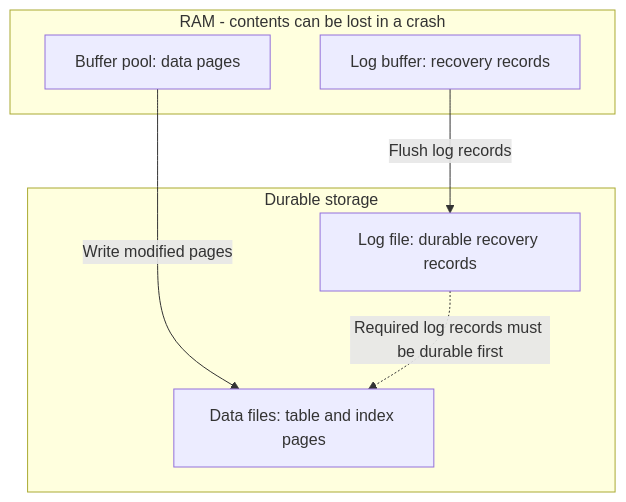
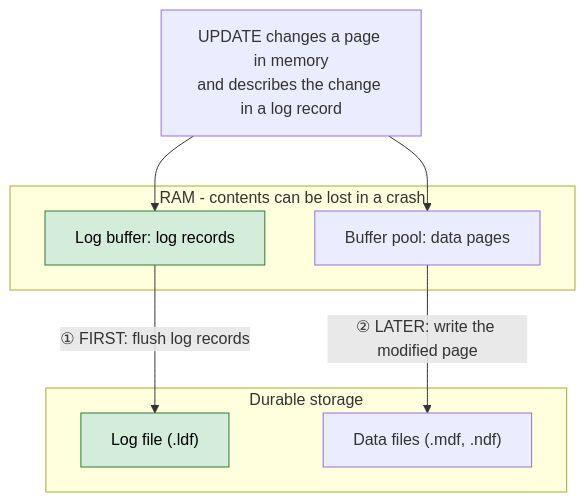
Before and after one commit to tjovic/database-design-labs-public: the seventh of 10 diagrams in labs/lab09-transactions.md, drawn with Mermaid. The commit also changed other lines of this file, not shown here.

````diff
--- a/labs/lab09-transactions.md
+++ b/labs/lab09-transactions.md
@@ -1985,14 +1985,18 @@
 ```mermaid
 flowchart TB
+    U["UPDATE changes a page in memory<br/>and describes the change in a log record"]
     subgraph RAM["RAM - contents can be lost in a crash"]
+        LB["Log buffer: log records"]
         BP["Buffer pool: data pages"]
-        LB["Log buffer: recovery records"]
     end
     subgraph DISK["Durable storage"]
-        DF["Data files: table and index pages"]
-        LF["Log file: durable recovery records"]
+        LF["Log file (.ldf)"]
+        DF["Data files (.mdf, .ndf)"]
     end
-    BP -->|"Write modified pages"| DF
-    LB -->|"Flush log records"| LF
-    LF -.->|"Required log records must be durable first"| DF
+    U --> LB
+    U --> BP
+    LB -->|"① FIRST: flush log records"| LF
+    BP -->|"② LATER: write the modified page"| DF
+    classDef first fill:#d4edda,stroke:#2e7d32,color:#000
+    class LB,LF first
 ```
````
